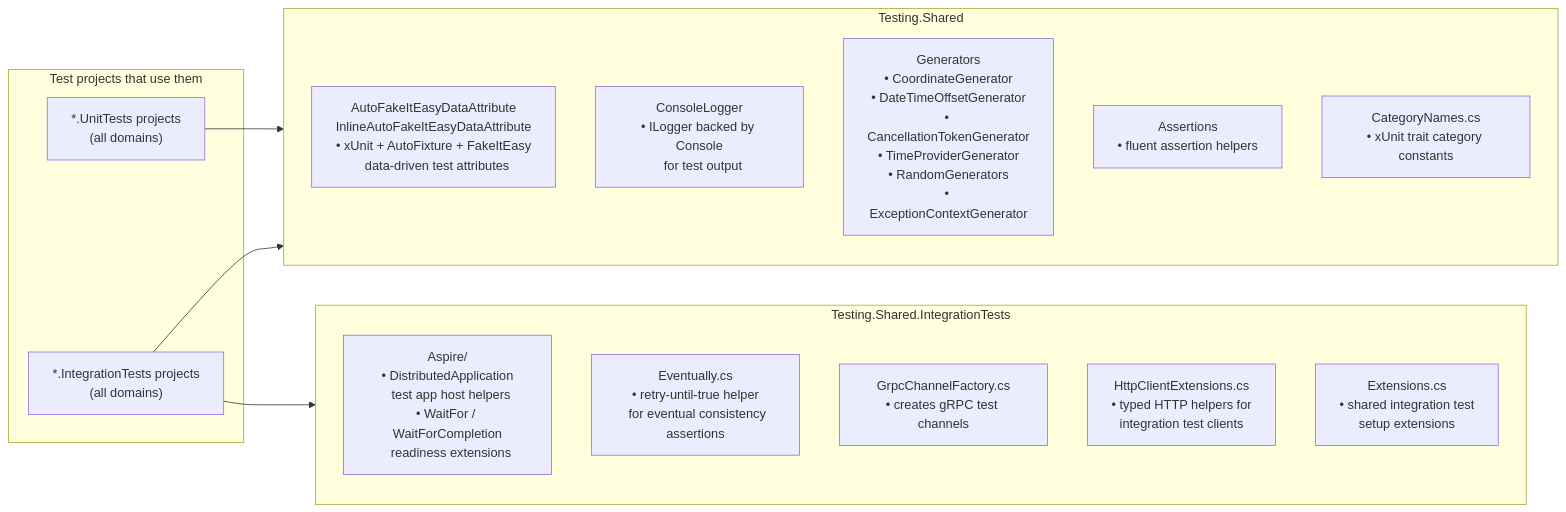
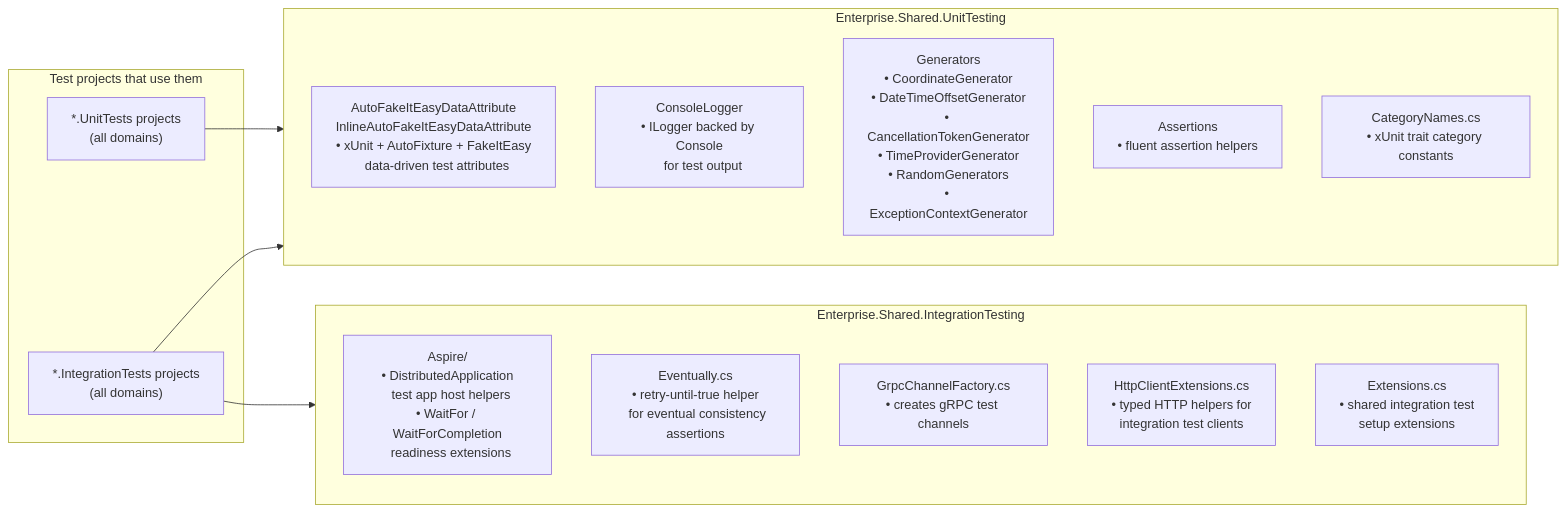
One commit to skedular/skedular changed the sixth of 6 diagrams in src/shared/docs/architecture/shared-libraries-architecture.md. Above: the diagram before and after it, drawn with Mermaid. The commit also changed other lines of this file and 225 other files, not shown here.

````diff
--- a/src/shared/docs/architecture/shared-libraries-architecture.md
+++ b/src/shared/docs/architecture/shared-libraries-architecture.md
@@ -258,29 +258,29 @@
 ```mermaid
 flowchart LR
-    subgraph TS["Testing.Shared"]
+    subgraph TS["Enterprise.Shared.UnitTesting"]
         direction TB
         AF["AutoFakeItEasyDataAttribute\nInlineAutoFakeItEasyDataAttribute\n• xUnit + AutoFixture + FakeItEasy\n  data-driven test attributes"]
         CL["ConsoleLogger\n• ILogger backed by Console\n  for test output"]
         Gen["Generators\n• CoordinateGenerator\n• DateTimeOffsetGenerator\n• CancellationTokenGenerator\n• TimeProviderGenerator\n• RandomGenerators\n• ExceptionContextGenerator"]
         Ass["Assertions\n• fluent assertion helpers"]
         Cat["CategoryNames.cs\n• xUnit trait category constants"]
     end
 
-    subgraph TSI["Testing.Shared.IntegrationTests"]
+    subgraph TSI["Enterprise.Shared.IntegrationTesting"]
         direction TB
         Asp["Aspire/\n• DistributedApplication\n  test app host helpers\n• WaitFor / WaitForCompletion\n  readiness extensions"]
         Ev["Eventually.cs\n• retry-until-true helper\n  for eventual consistency assertions"]
         GF["GrpcChannelFactory.cs\n• creates gRPC test channels"]
         HE["HttpClientExtensions.cs\n• typed HTTP helpers for\n  integration test clients"]
         Ex["Extensions.cs\n• shared integration test\n  setup extensions"]
     end
 
     subgraph Consumers["Test projects that use them"]
         UT["*.UnitTests projects\n(all domains)"]
         IT["*.IntegrationTests projects\n(all domains)"]
     end
 
     UT --> TS
     IT --> TS
     IT --> TSI
 ```
````
